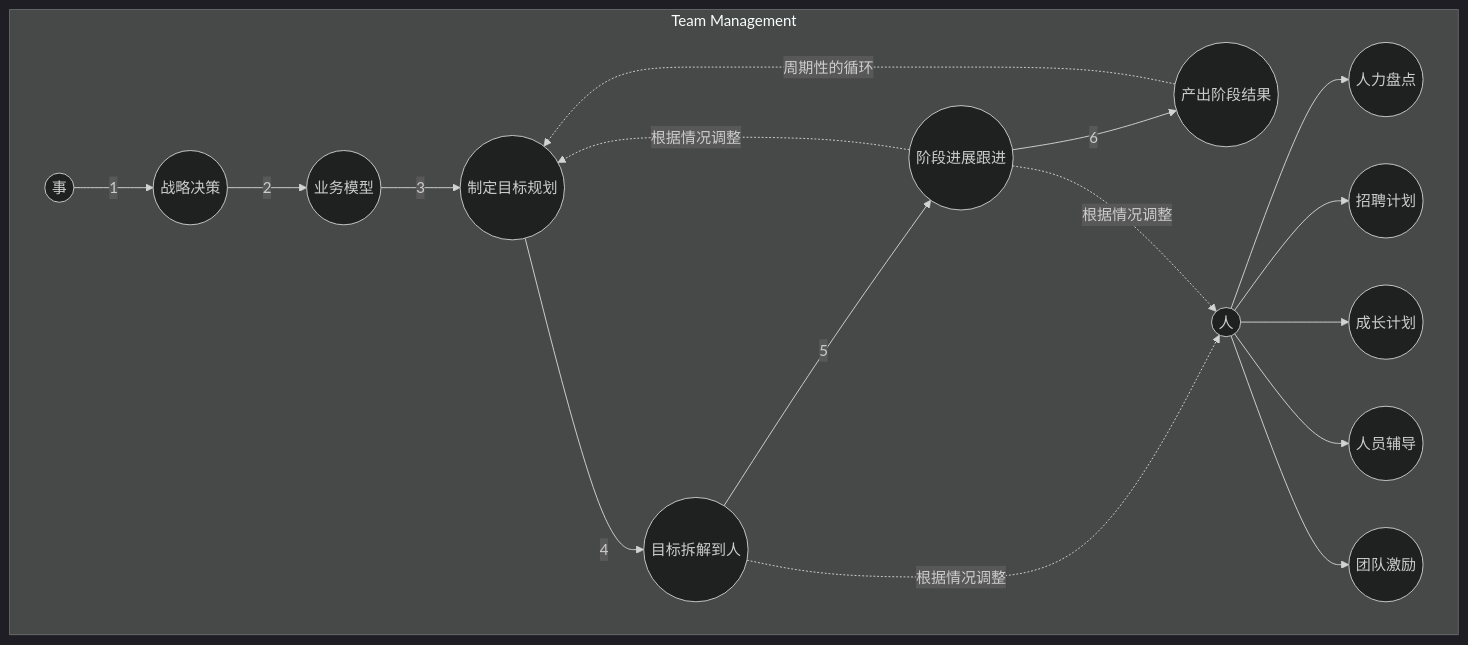
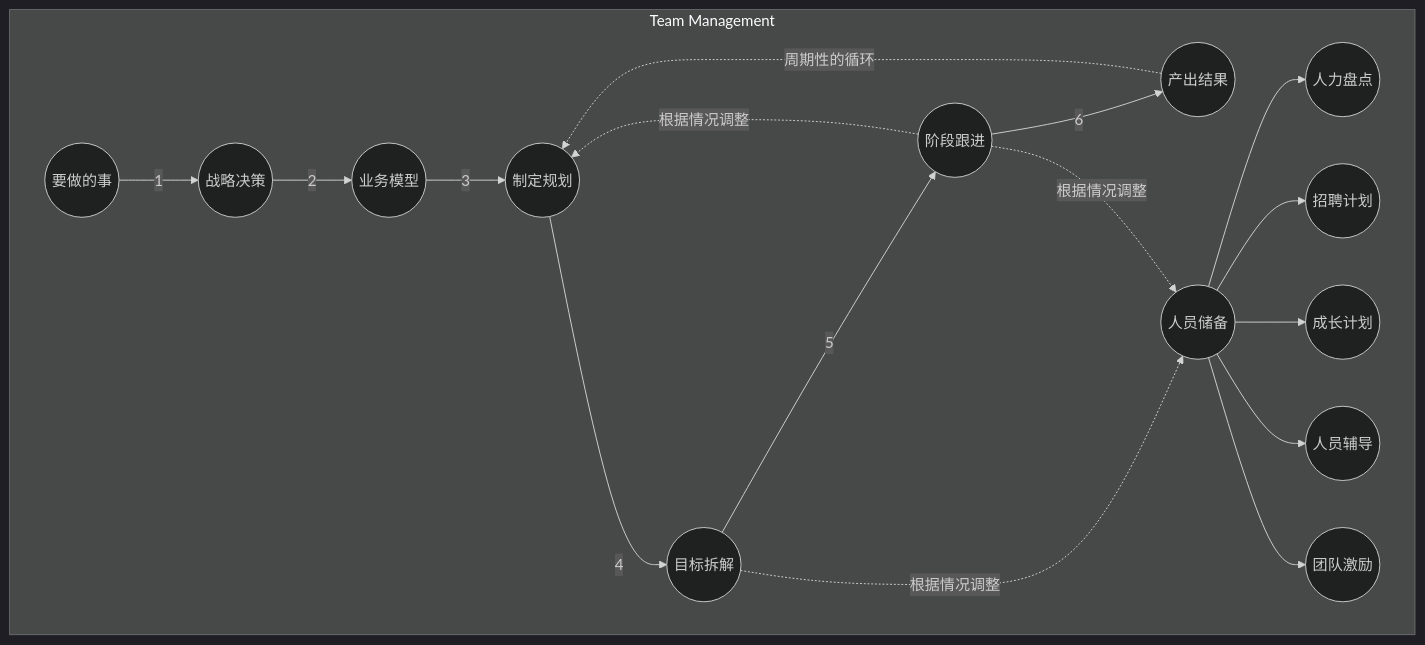
Before and after one commit to islongshiyu/islongshiyu.github.io: the second of 2 diagrams in source/_posts/thinking/team-management/d02-overview.md, drawn with Mermaid (dark theme).

Commit message:
Team Management 02 Overview

````diff
--- a/source/_posts/thinking/team-management/d02-overview.md
+++ b/source/_posts/thinking/team-management/d02-overview.md
@@ -66,25 +66,25 @@
 ```mermaid
 flowchart
     subgraph Team Management
-        S1X((事))
+        S1X((要做的事))
         S1A((战略决策))
         S1B((业务模型))
-        S1C((制定目标规划))
-        S1D((目标拆解到人))
-        S1E((阶段进展跟进))
-        S1F((产出阶段结果))
+        S1C((制定规划))
+        S1D((目标拆解))
+        S1E((阶段跟进))
+        S1F((产出结果))
         S1X --1--> S1A --2--> S1B --3--> S1C --4--> S1D --5--> S1E --6--> S1F
-        S2X((人))
+        S2X((人员储备))
         S2A((人力盘点))
         S2B((招聘计划))
         S2C((成长计划))
         S2D((人员辅导))
         S2E((团队激励))
         S2X --> S2A & S2B & S2C & S2D & S2E
     end
 
     S1D -. 根据情况调整 .-> S2X
     S1E -. 根据情况调整 .-> S2X
     S1E -. 根据情况调整 .-> S1C
     S1F -. 周期性的循环 .-> S1C
 ```
````
